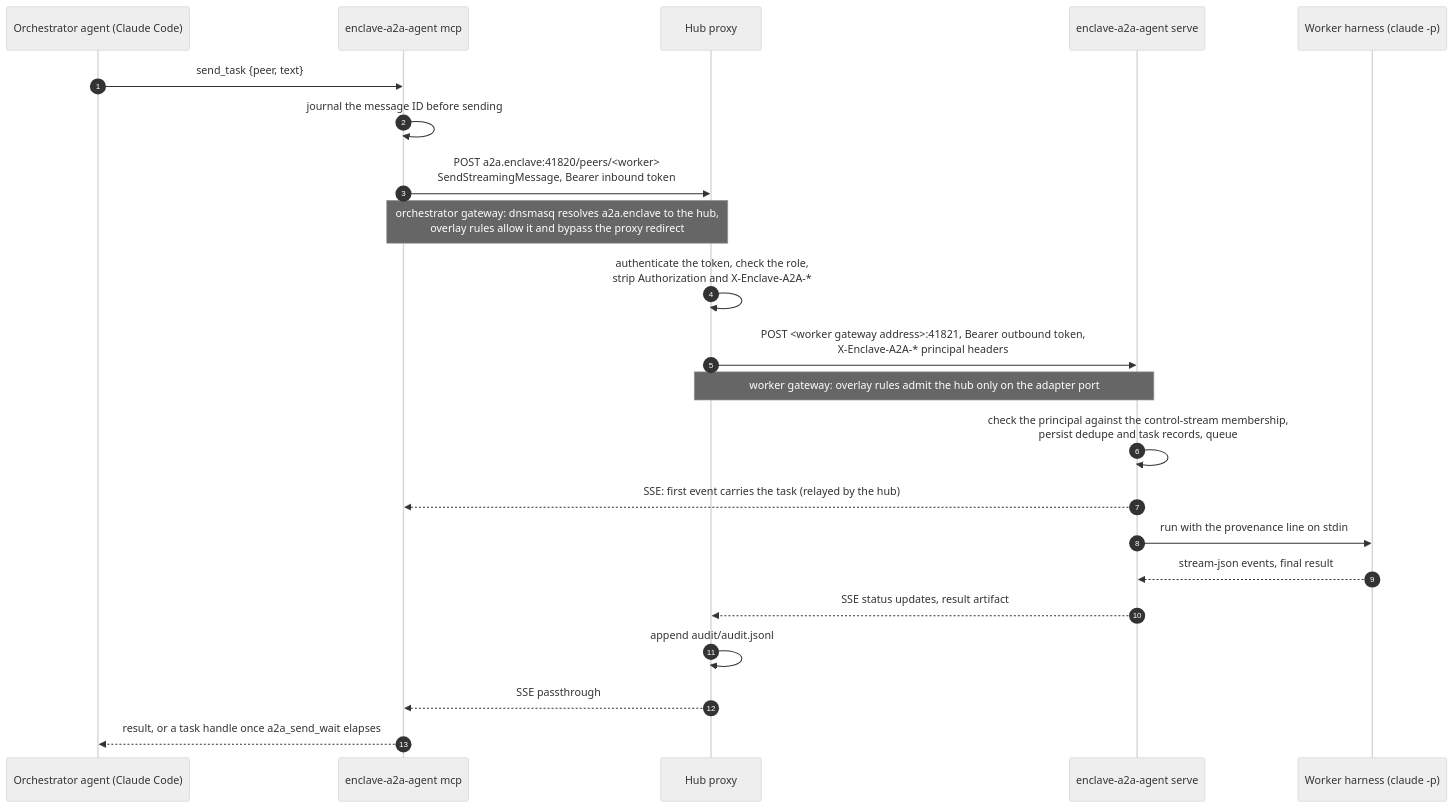
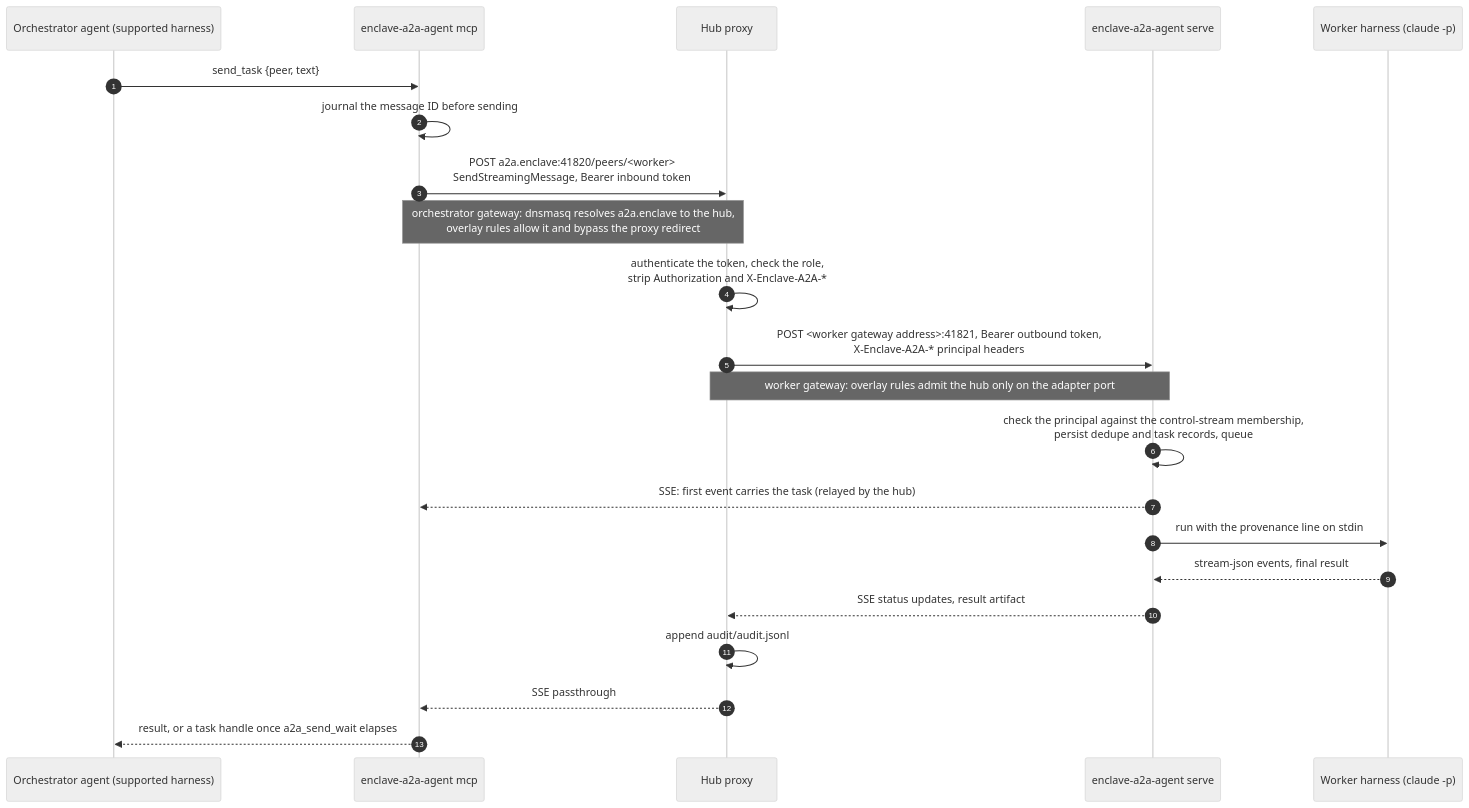
Before and after one commit to eclipse-enclave/enclave: the fourth of 4 diagrams in docs/ARCHITECTURE.md, drawn with Mermaid (neutral theme). The commit also changed other lines of this file and 70 other files, not shown here.

````diff
--- a/docs/ARCHITECTURE.md
+++ b/docs/ARCHITECTURE.md
@@ -135,25 +135,25 @@
 ```mermaid
 sequenceDiagram
     autonumber
-    participant Agent as Orchestrator agent (Claude Code)
+    participant Agent as Orchestrator agent (supported harness)
     participant MCP as enclave-a2a-agent mcp
     participant Hub as Hub proxy
     participant Adapter as enclave-a2a-agent serve
     participant Harness as Worker harness (claude -p)
 
     Agent->>MCP: send_task {peer, text}
     MCP->>MCP: journal the message ID before sending
     MCP->>Hub: POST a2a.enclave:41820/peers/#lt;worker#gt;<br/>SendStreamingMessage, Bearer inbound token
     Note over MCP,Hub: orchestrator gateway: dnsmasq resolves a2a.enclave to the hub,<br/>overlay rules allow it and bypass the proxy redirect
     Hub->>Hub: authenticate the token, check the role,<br/>strip Authorization and X-Enclave-A2A-*
     Hub->>Adapter: POST #lt;worker gateway address#gt;:41821, Bearer outbound token,<br/>X-Enclave-A2A-* principal headers
     Note over Hub,Adapter: worker gateway: overlay rules admit the hub only on the adapter port
     Adapter->>Adapter: check the principal against the control-stream membership,<br/>persist dedupe and task records, queue
     Adapter-->>MCP: SSE: first event carries the task (relayed by the hub)
     Adapter->>Harness: run with the provenance line on stdin
     Harness-->>Adapter: stream-json events, final result
     Adapter-->>Hub: SSE status updates, result artifact
     Hub->>Hub: append audit/audit.jsonl
     Hub-->>MCP: SSE passthrough
     MCP-->>Agent: result, or a task handle once a2a_send_wait elapses
 ```
````
